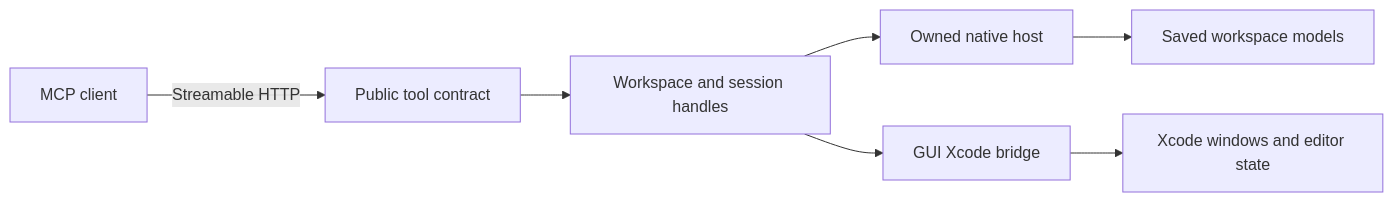
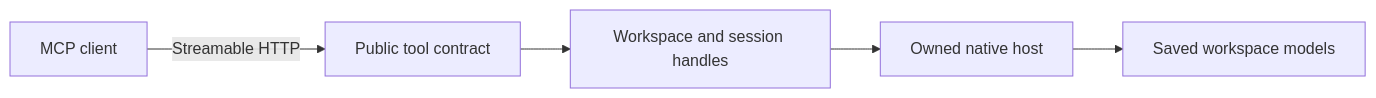
One commit to lynnswap/XcodeMCPKit changed the diagram in Docs/architecture.md. Above: the diagram before and after it, drawn with Mermaid. The commit also changed other lines of this file and 22 other files, not shown here.

````diff
--- a/Docs/architecture.md
+++ b/Docs/architecture.md
@@ -9,9 +9,7 @@
 ```mermaid
 flowchart LR
   client["MCP client"] -->|"Streamable HTTP"| proxy["Public tool contract"]
   proxy --> handles["Workspace and session handles"]
   handles --> headless["Owned native host"]
-  handles --> gui["GUI Xcode bridge"]
   headless --> saved["Saved workspace models"]
-  gui --> windows["Xcode windows and editor state"]
 ```
````
